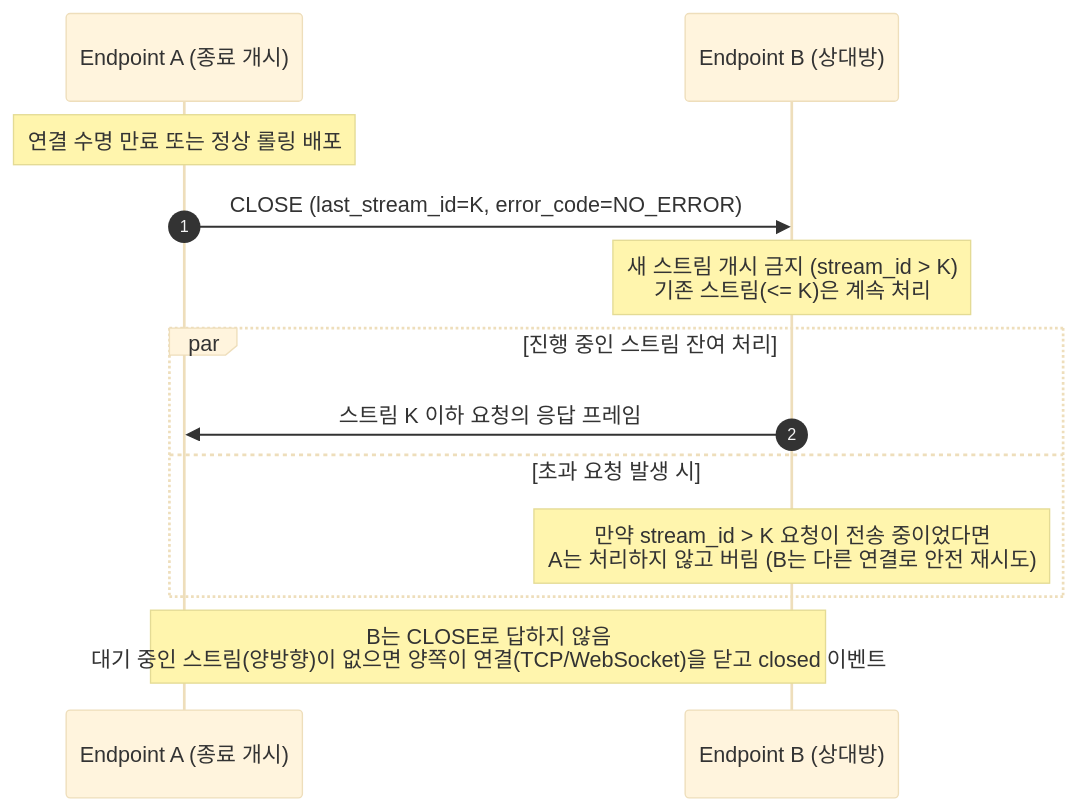
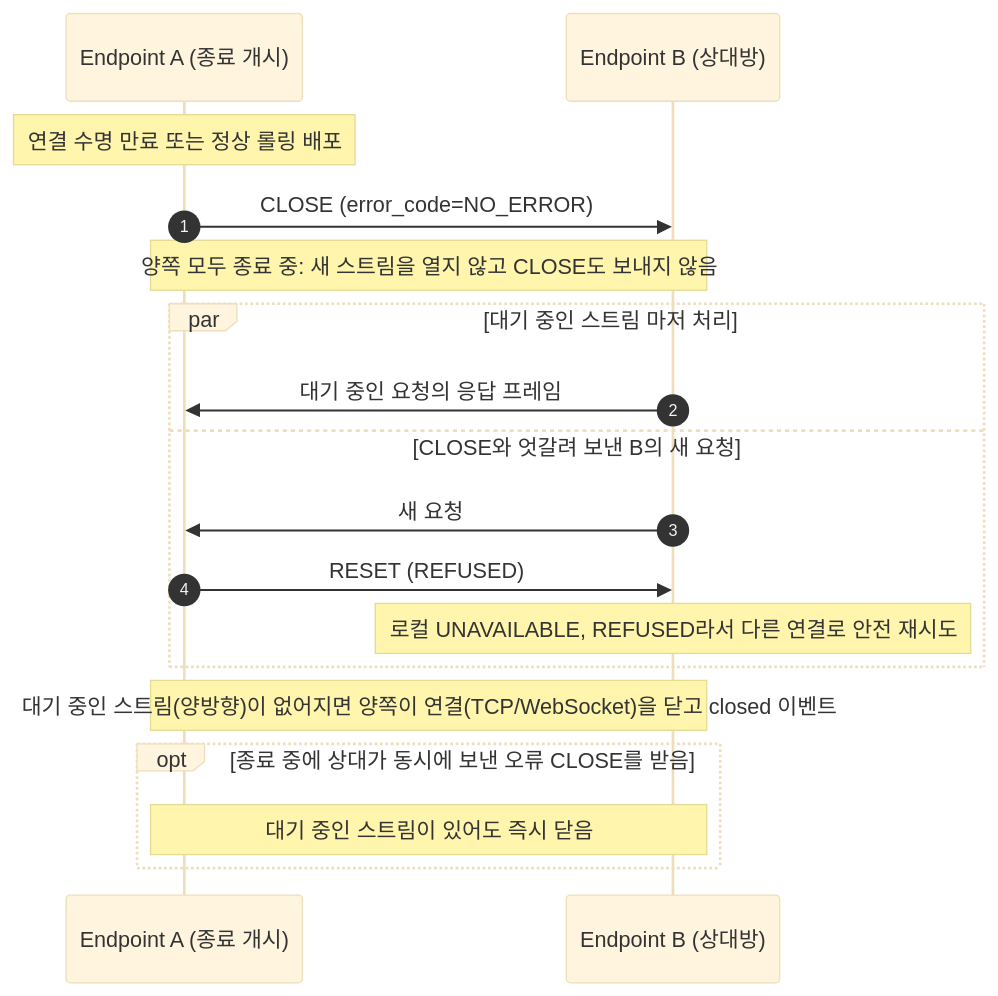
The second of 3 diagrams in docs/specification/STRAND_SPECIFICATION.md (ppzxc/strand), drawn with Mermaid (base theme) before and after one commit. The commit also changed other lines of this file, not shown here.

First line of the commit message:
docs: 오류 코드 재번호와 CLOSE 종료 규칙 단순화 (#93)

````diff
--- a/docs/specification/STRAND_SPECIFICATION.md
+++ b/docs/specification/STRAND_SPECIFICATION.md
@@ -442,19 +408,25 @@
 ```mermaid
 sequenceDiagram
     autonumber
     participant A as Endpoint A (종료 개시)
     participant B as Endpoint B (상대방)
 
     Note over A: 연결 수명 만료 또는 정상 롤링 배포
-    A->>B: CLOSE (last_stream_id=K, error_code=NO_ERROR)
-    
-    Note over B: 새 스트림 개시 금지 (stream_id > K)<br/>기존 스트림(<= K)은 계속 처리
-    
-    par 진행 중인 스트림 잔여 처리
-        B->>A: 스트림 K 이하 요청의 응답 프레임
-    and 초과 요청 발생 시
-        Note over B: 만약 stream_id > K 요청이 전송 중이었다면<br/>A는 처리하지 않고 버림 (B는 다른 연결로 안전 재시도)
+    A->>B: CLOSE (error_code=NO_ERROR)
+
+    Note over A,B: 양쪽 모두 종료 중: 새 스트림을 열지 않고 CLOSE도 보내지 않음
+
+    par 대기 중인 스트림 마저 처리
+        B->>A: 대기 중인 요청의 응답 프레임
+    and CLOSE와 엇갈려 보낸 B의 새 요청
+        B->>A: 새 요청
+        A->>B: RESET (REFUSED)
+        Note over B: 로컬 UNAVAILABLE, REFUSED라서 다른 연결로 안전 재시도
     end
-    
-    Note over A,B: B는 CLOSE로 답하지 않음<br/>대기 중인 스트림(양방향)이 없으면 양쪽이 연결(TCP/WebSocket)을 닫고 closed 이벤트
+
+    Note over A,B: 대기 중인 스트림(양방향)이 없어지면 양쪽이 연결(TCP/WebSocket)을 닫고 closed 이벤트
+
+    opt 종료 중에 상대가 동시에 보낸 오류 CLOSE를 받음
+        Note over A,B: 대기 중인 스트림이 있어도 즉시 닫음
+    end
 ```
````
